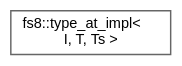
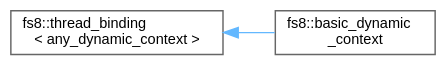
Before and after one commit to the-moisrex/foresight: the diagram in api/inherit_graph_121.dot, drawn with Graphviz. The commit also changed 234 other files, not shown here.

```diff
--- a/api/inherit_graph_121.dot
+++ b/api/inherit_graph_121.dot
@@ -1,9 +1,11 @@
 digraph "Graphical Class Hierarchy"
 {
  // LATEX_PDF_SIZE
   bgcolor="transparent";
   edge [fontname=Helvetica,fontsize=10,labelfontname=Helvetica,labelfontsize=10];
   node [fontname=Helvetica,fontsize=10,shape=box,height=0.2,width=0.4];
   rankdir="LR";
-  Node0 [id="Node000000",label="fs8::type_at_impl\<\l I, T, Ts \>",height=0.2,width=0.4,color="grey40", fillcolor="white", style="filled",URL="$structfs8_1_1type__at__impl.html",tooltip=" "];
+  Node0 [id="Node000000",label="fs8::thread_binding\l\< any_dynamic_context \>",height=0.2,width=0.4,color="grey40", fillcolor="white", style="filled",URL="$structfs8_1_1thread__binding.html",tooltip=" "];
+  Node0 -> Node1 [id="edge137_Node000000_Node000001",dir="back",color="steelblue1",style="solid",tooltip=" "];
+  Node1 [id="Node000001",label="fs8::basic_dynamic\l_context",height=0.2,width=0.4,color="grey40", fillcolor="white", style="filled",URL="$structfs8_1_1basic__dynamic__context.html",tooltip=" "];
 }
```
